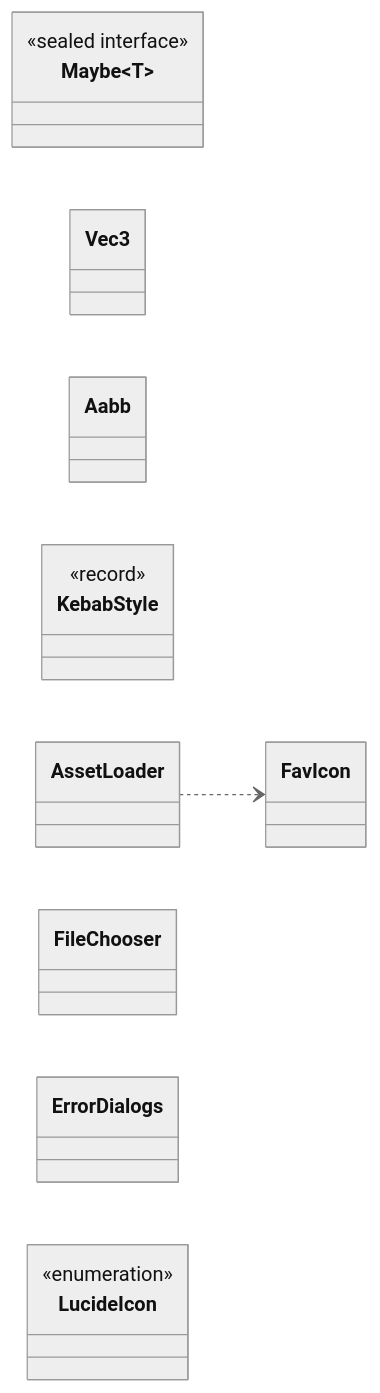
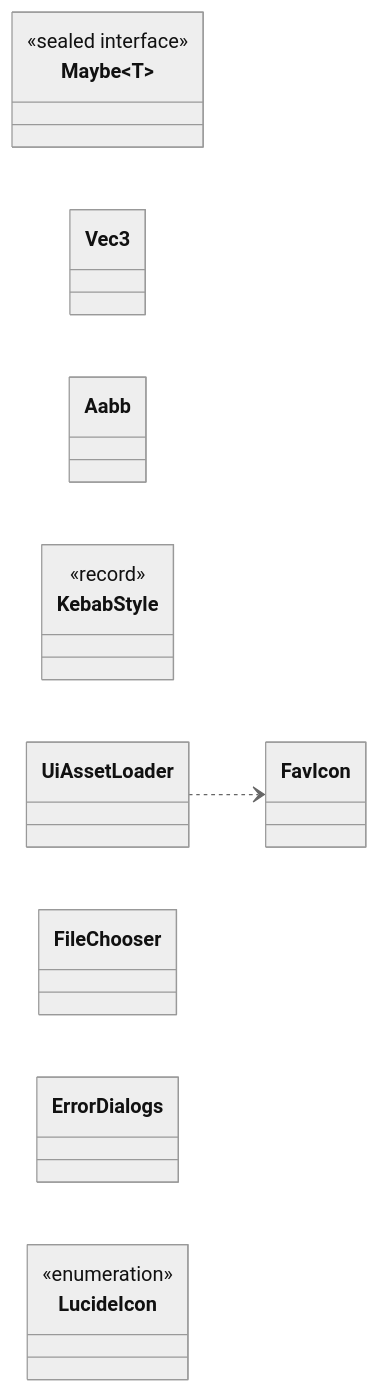
The third of 10 diagrams in docs/architecture.c4.uk.md (Halal-Foursome/KebabEditor), drawn with Mermaid (neutral theme) before and after one commit. The commit also changed 17 other files, not shown here.

````diff
--- a/docs/architecture.c4.uk.md
+++ b/docs/architecture.c4.uk.md
@@ -173,20 +173,20 @@
 ```mermaid
 classDiagram
     direction LR
     class Maybe~T~ {
         <<sealed interface>>
     }
     class Vec3
     class Aabb
     class KebabStyle {
         <<record>>
     }
-    class AssetLoader
+    class UiAssetLoader
     class FavIcon
     class FileChooser
     class ErrorDialogs
     class LucideIcon {
         <<enumeration>>
     }
-    AssetLoader ..> FavIcon
+    UiAssetLoader ..> FavIcon
 ```
````
